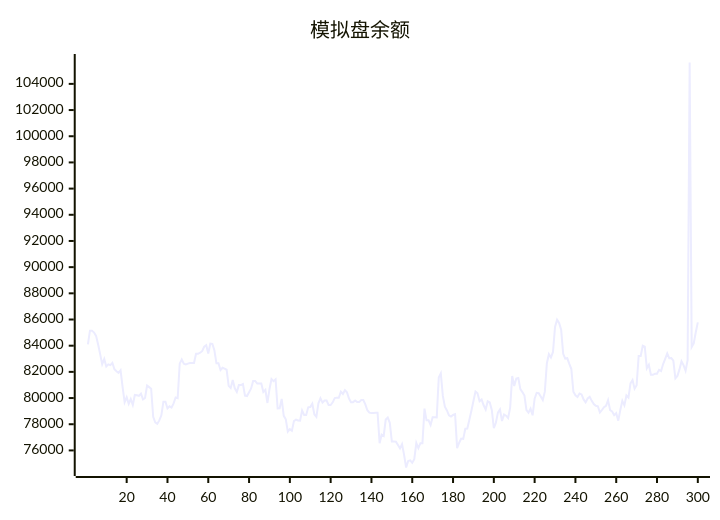
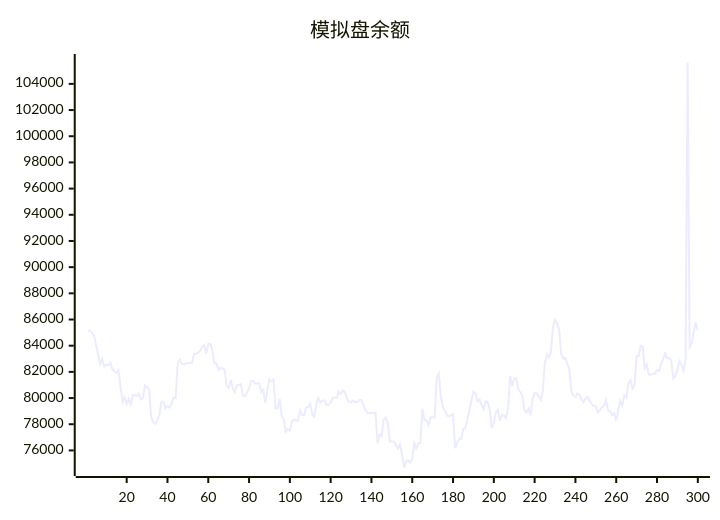
The diagram in README.md (aahl/ai-trading), drawn with Mermaid before and after one commit. The commit also changed other lines of this file and 1 other file, not shown here.

````diff
--- a/README.md
+++ b/README.md
@@ -5,5 +5,5 @@
 ```mermaid
 xychart
     title "模拟盘余额"
-    line [84099,85150,85150,85002,84751,84096,83356,82582,82983,82404,82572,82512,82688,82200,82047,81920,82125,80840,79688,80060,79552,79920,79470,80236,80208,80170,80336,79894,80006,80954,80837,80712,78561,78139,78037,78293,78682,79720,79720,79214,79372,79279,79591,80046,79993,82625,82950,82626,82571,82633,82670,82670,82681,83386,83378,83464,83579,83920,84037,83402,84160,84142,83652,82655,82655,82145,82315,82243,82163,80934,80770,81371,80742,80468,80989,80989,81067,80191,80155,80450,80737,81309,81309,81106,81119,81119,80471,80631,79624,80670,81448,81290,81429,79212,79222,79940,78643,78380,77432,77623,77504,78235,78358,78284,78277,79048,78714,78714,79290,79308,79567,78763,78563,79603,79988,79652,79813,79813,79476,79469,79673,79995,80015,80015,80486,80314,80600,80436,79966,79689,79689,79819,79692,79692,79850,79850,79518,79071,78889,78850,78850,78878,78878,76554,77202,77103,78357,78510,78106,76678,76677,76672,76411,76159,76485,75656,74695,75197,75246,75052,75334,76564,76179,76553,76551,79196,78300,78300,77944,78531,78531,78521,81564,81884,80160,79335,79055,78675,78580,78708,78764,76179,76586,76902,76876,77658,77669,78346,79023,79769,80497,80366,79761,79896,79448,79126,79749,79658,79097,77695,78114,78888,79126,78249,78738,78653,78478,79271,81680,80923,81488,81527,80681,80455,80190,79084,78879,79193,78686,79954,80403,80374,80118,79848,80491,82665,83351,83098,83525,85430,85983,85737,85221,83378,83014,83043,82613,82216,80477,80208,80081,80348,80277,79894,79670,79965,80093,79786,79542,79406,79371,78893,79087,79304,79406,79841,79072,78978,78696,78846,78272,79085,79787,79442,80198,80031,81120,81379,80718,80985,83214,83212,83993,83921,82270,82547,81776,81776,81866,81866,82158,82061,82596,83000,83408,83041,83050,82858,81503,81691,82188,82812,82517,82092,82901,105633,83898,84180,85030,85781]
+    line [85150,85150,85002,84751,84096,83356,82582,82983,82404,82572,82512,82688,82200,82047,81920,82125,80840,79688,80060,79552,79920,79470,80236,80208,80170,80336,79894,80006,80954,80837,80712,78561,78139,78037,78293,78682,79720,79720,79214,79372,79279,79591,80046,79993,82625,82950,82626,82571,82633,82670,82670,82681,83386,83378,83464,83579,83920,84037,83402,84160,84142,83652,82655,82655,82145,82315,82243,82163,80934,80770,81371,80742,80468,80989,80989,81067,80191,80155,80450,80737,81309,81309,81106,81119,81119,80471,80631,79624,80670,81448,81290,81429,79212,79222,79940,78643,78380,77432,77623,77504,78235,78358,78284,78277,79048,78714,78714,79290,79308,79567,78763,78563,79603,79988,79652,79813,79813,79476,79469,79673,79995,80015,80015,80486,80314,80600,80436,79966,79689,79689,79819,79692,79692,79850,79850,79518,79071,78889,78850,78850,78878,78878,76554,77202,77103,78357,78510,78106,76678,76677,76672,76411,76159,76485,75656,74695,75197,75246,75052,75334,76564,76179,76553,76551,79196,78300,78300,77944,78531,78531,78521,81564,81884,80160,79335,79055,78675,78580,78708,78764,76179,76586,76902,76876,77658,77669,78346,79023,79769,80497,80366,79761,79896,79448,79126,79749,79658,79097,77695,78114,78888,79126,78249,78738,78653,78478,79271,81680,80923,81488,81527,80681,80455,80190,79084,78879,79193,78686,79954,80403,80374,80118,79848,80491,82665,83351,83098,83525,85430,85983,85737,85221,83378,83014,83043,82613,82216,80477,80208,80081,80348,80277,79894,79670,79965,80093,79786,79542,79406,79371,78893,79087,79304,79406,79841,79072,78978,78696,78846,78272,79085,79787,79442,80198,80031,81120,81379,80718,80985,83214,83212,83993,83921,82270,82547,81776,81776,81866,81866,82158,82061,82596,83000,83408,83041,83050,82858,81503,81691,82188,82812,82517,82092,82901,105633,83898,84180,85030,85781,85178]
 ```
````
